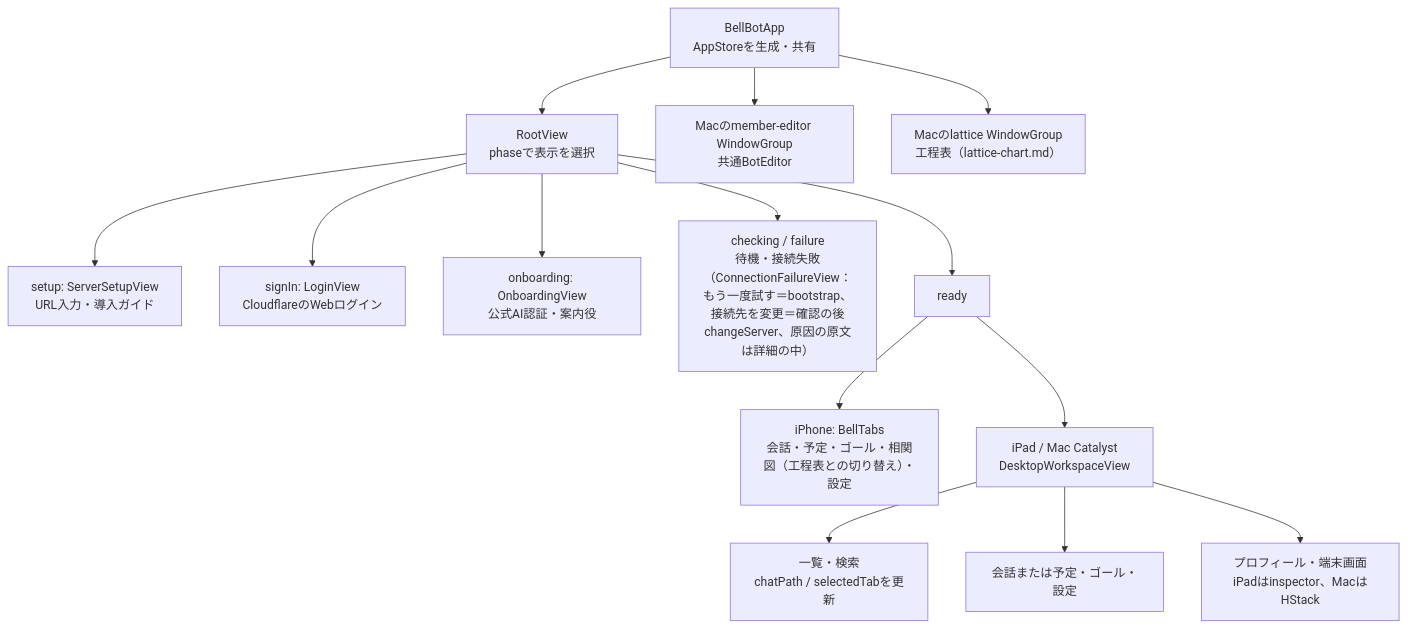
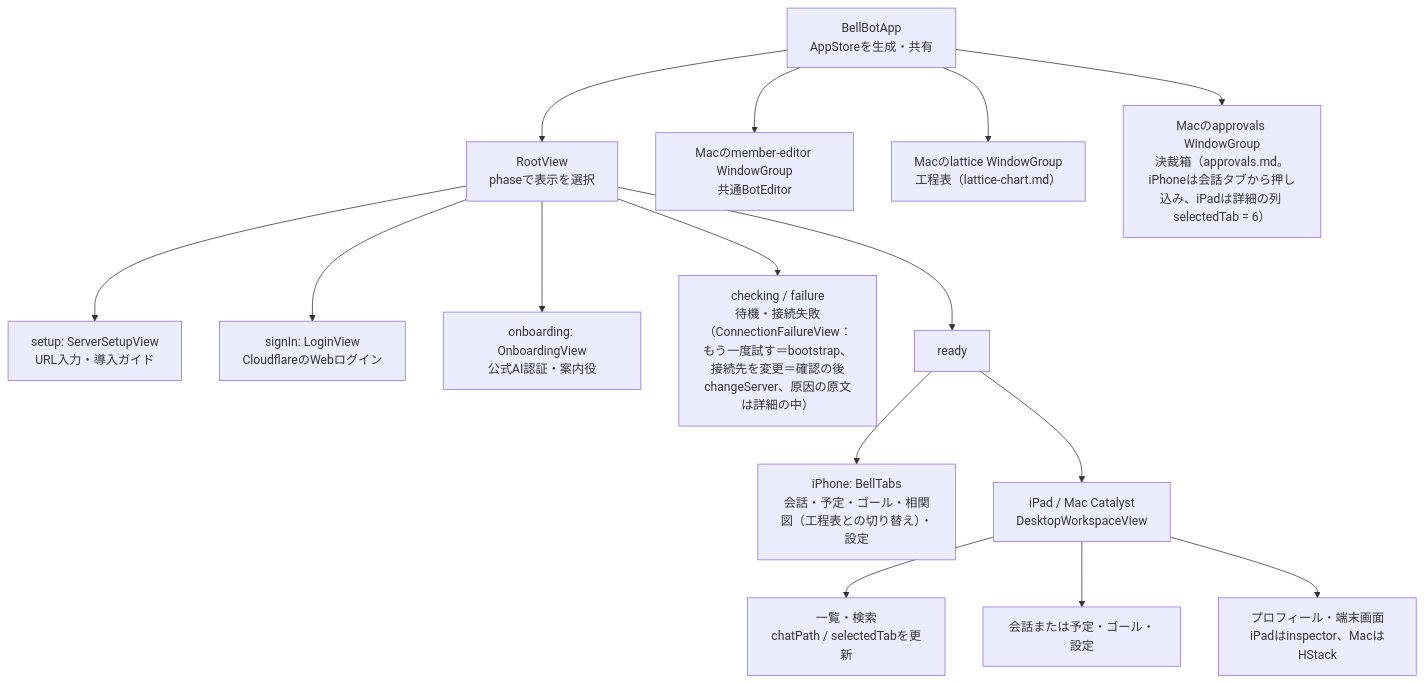
Before and after one commit to kitepon/BellTeam: the first of 3 diagrams in docs/architecture/modules/apple/overview.md, drawn with Mermaid. The commit also changed 29 other files, not shown here.

First line of the commit message:
Apple: 決裁箱 entry, screen and connect flow for iPhone, iPad and Mac (a182)

````diff
--- a/docs/architecture/modules/apple/overview.md
+++ b/docs/architecture/modules/apple/overview.md
@@ -9,16 +9,17 @@
 ```mermaid
 flowchart TD
   App["BellBotApp<br/>AppStoreを生成・共有"] --> Root["RootView<br/>phaseで表示を選択"]
   Root --> Setup["setup: ServerSetupView<br/>URL入力・導入ガイド"]
   Root --> Login["signIn: LoginView<br/>CloudflareのWebログイン"]
   Root --> Onboarding["onboarding: OnboardingView<br/>公式AI認証・案内役"]
   Root --> Failure["checking / failure<br/>待機・接続失敗（ConnectionFailureView：もう一度試す＝bootstrap、接続先を変更＝確認の後changeServer、原因の原文は詳細の中）"]
   Root --> Ready["ready"]
   Ready --> Phone["iPhone: BellTabs<br/>会話・予定・ゴール・相関図（工程表との切り替え）・設定"]
   Ready --> Wide["iPad / Mac Catalyst<br/>DesktopWorkspaceView"]
   Wide --> Sidebar["一覧・検索<br/>chatPath / selectedTabを更新"]
   Wide --> Detail["会話または予定・ゴール・設定"]
   Wide --> Inspector["プロフィール・端末画面<br/>iPadはinspector、MacはHStack"]
   App --> EditorWindow["Macのmember-editor WindowGroup<br/>共通BotEditor"]
   App --> LatticeWindow["Macのlattice WindowGroup<br/>工程表（lattice-chart.md）"]
+  App --> ApprovalsWindow["Macのapprovals WindowGroup<br/>決裁箱（approvals.md。iPhoneは会話タブから押し込み、iPadは詳細の列 selectedTab = 6）"]
 ```
````
